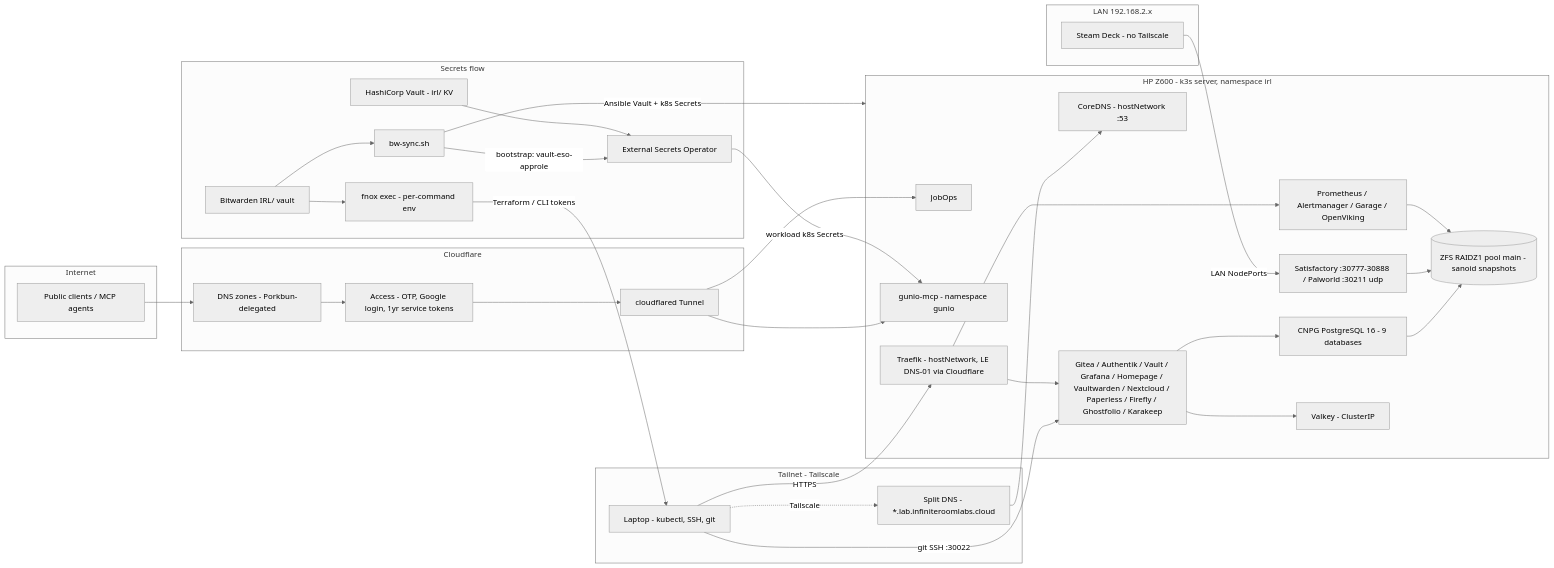
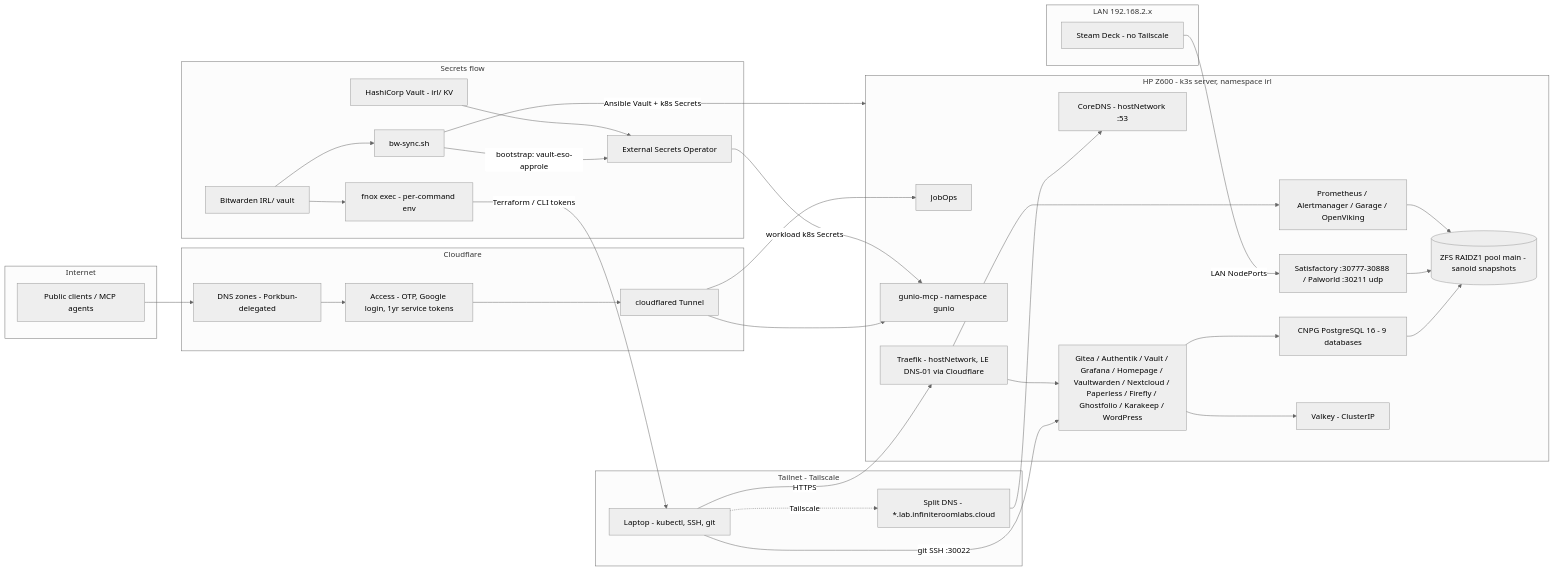
The diagram in README.md (InfiniteRoomLabs/infinite-room-labs-infra), drawn with Mermaid (neutral theme) before and after one commit. The commit also changed 14 other files, not shown here.

````diff
--- a/README.md
+++ b/README.md
@@ -67,60 +67,60 @@
 ```mermaid
 flowchart LR
     subgraph internet[Internet]
         pub[Public clients / MCP agents]
     end
 
     subgraph cf[Cloudflare]
         zones[DNS zones - Porkbun-delegated]
         access[Access - OTP, Google login, 1yr service tokens]
         tunnel[cloudflared Tunnel]
     end
 
     subgraph tailnet[Tailnet - Tailscale]
         laptop[Laptop - kubectl, SSH, git]
         splitdns[Split DNS - *.lab.infiniteroomlabs.cloud]
     end
 
     subgraph lan[LAN 192.168.2.x]
         deck[Steam Deck - no Tailscale]
     end
 
     subgraph z600[HP Z600 - k3s server, namespace irl]
         coredns[CoreDNS - hostNetwork :53]
         traefik[Traefik - hostNetwork, LE DNS-01 via Cloudflare]
         jobops[JobOps]
         gunio[gunio-mcp - namespace gunio]
-        websvcs[Gitea / Authentik / Vault / Grafana / Homepage / Vaultwarden / Nextcloud / Paperless / Firefly / Ghostfolio / Karakeep]
+        websvcs[Gitea / Authentik / Vault / Grafana / Homepage / Vaultwarden / Nextcloud / Paperless / Firefly / Ghostfolio / Karakeep / WordPress]
         intsvcs[Prometheus / Alertmanager / Garage / OpenViking]
         games[Satisfactory :30777-30888 / Palworld :30211 udp]
         cnpg[CNPG PostgreSQL 16 - 9 databases]
         valkey[Valkey - ClusterIP]
         zfs[(ZFS RAIDZ1 pool main - sanoid snapshots)]
     end
 
     pub --> zones --> access --> tunnel --> jobops
     tunnel --> gunio
     laptop -.->|Tailscale| splitdns --> coredns
     laptop -->|HTTPS| traefik
     laptop -->|git SSH :30022| websvcs
     traefik --> websvcs
     traefik --> intsvcs
     deck -->|LAN NodePorts| games
     websvcs --> cnpg
     websvcs --> valkey
     cnpg --> zfs
     games --> zfs
     intsvcs --> zfs
 
     subgraph secrets[Secrets flow]
         bw[Bitwarden IRL/ vault]
         fnox[fnox exec - per-command env]
         bwsync[bw-sync.sh]
         hvault[HashiCorp Vault - irl/ KV]
         eso[External Secrets Operator]
     end
     bw --> fnox -->|Terraform / CLI tokens| laptop
     bw --> bwsync -->|Ansible Vault + k8s Secrets| z600
     bwsync -->|bootstrap: vault-eso-approle| eso
     hvault --> eso -->|workload k8s Secrets| gunio
 ```
````
